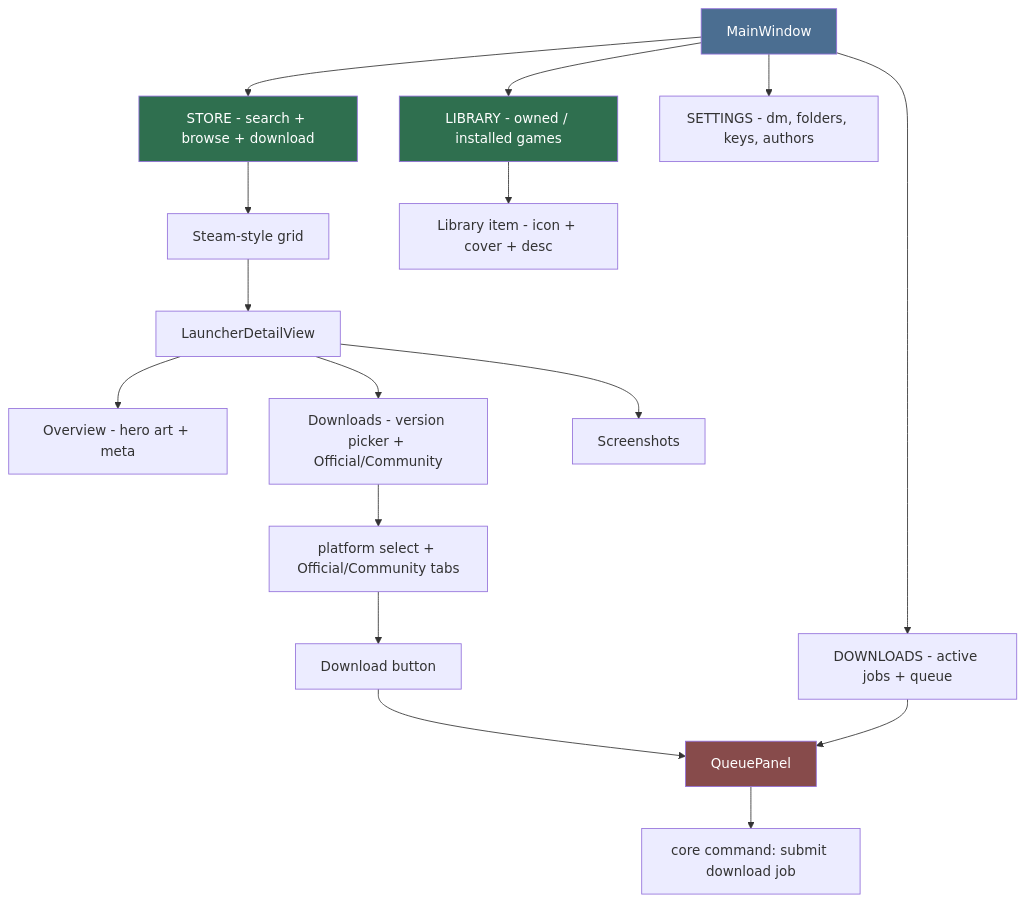
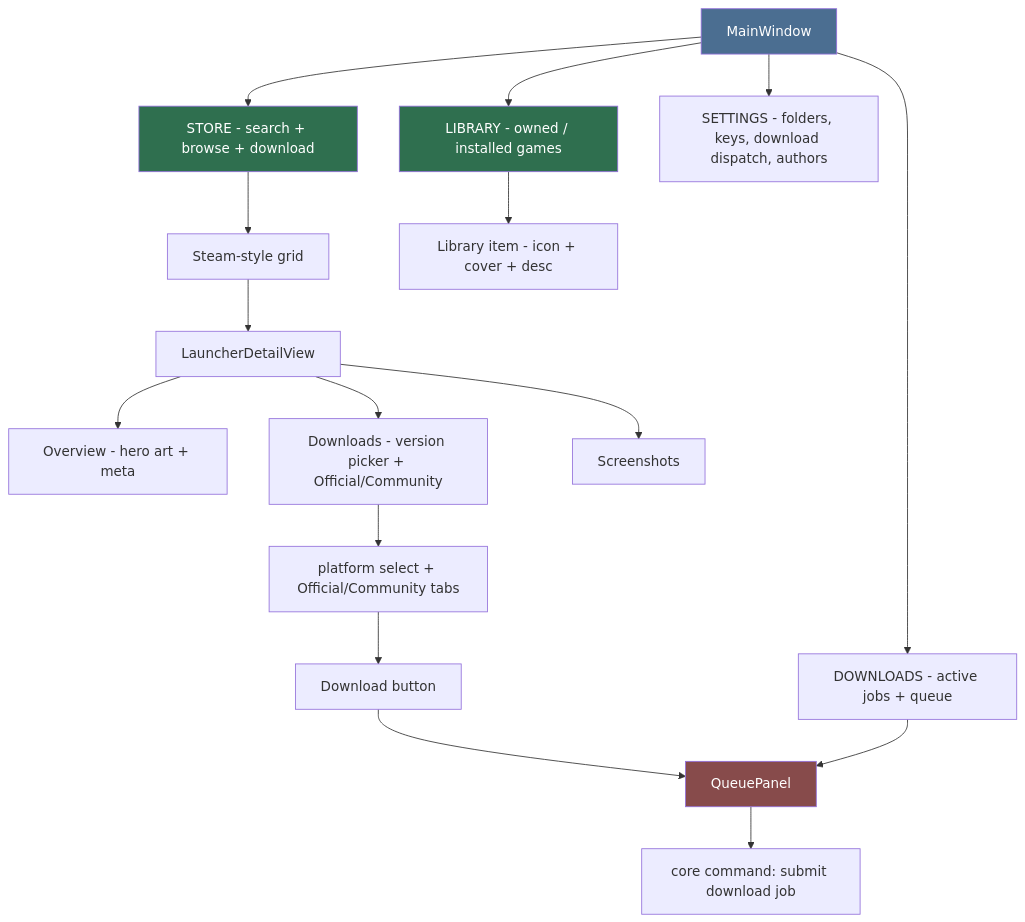
One commit to HELIX-Origin/LewdZone-Launcher changed the second of 3 diagrams in .agents/agents/gui/gui.md. Above: the diagram before and after it, drawn with Mermaid. The commit also changed other lines of this file and 45 other files, not shown here.

````diff
--- a/.agents/agents/gui/gui.md
+++ b/.agents/agents/gui/gui.md
@@ -72,22 +72,22 @@
 ```mermaid
 flowchart TD
     W[MainWindow] --> ST[STORE - search + browse + download]
     W --> LB["LIBRARY - owned / installed games"]
     W --> DL[DOWNLOADS - active jobs + queue]
-    W --> SE[SETTINGS - dm, folders, keys, authors]
+    W --> SE[SETTINGS - folders, keys, download dispatch, authors]
     ST --> GR[Steam-style grid]
     GR --> SD[LauncherDetailView]
     SD --> T1[Overview - hero art + meta]
     SD --> T2["Downloads - version picker + Official/Community"]
     SD --> T3[Screenshots]
     T2 --> DP["platform select + Official/Community tabs"]
     DP --> B["Download button"] --> QP[QueuePanel]
     LB --> LGC[Library item - icon + cover + desc]
     DL --> QP
     QP --> SP["core command: submit download job"]
 
     style W fill:#4b6e91,color:#fff
     style ST fill:#2f6f4f,color:#fff
     style LB fill:#2f6f4f,color:#fff
     style QP fill:#874b4b,color:#fff
 ```
````
